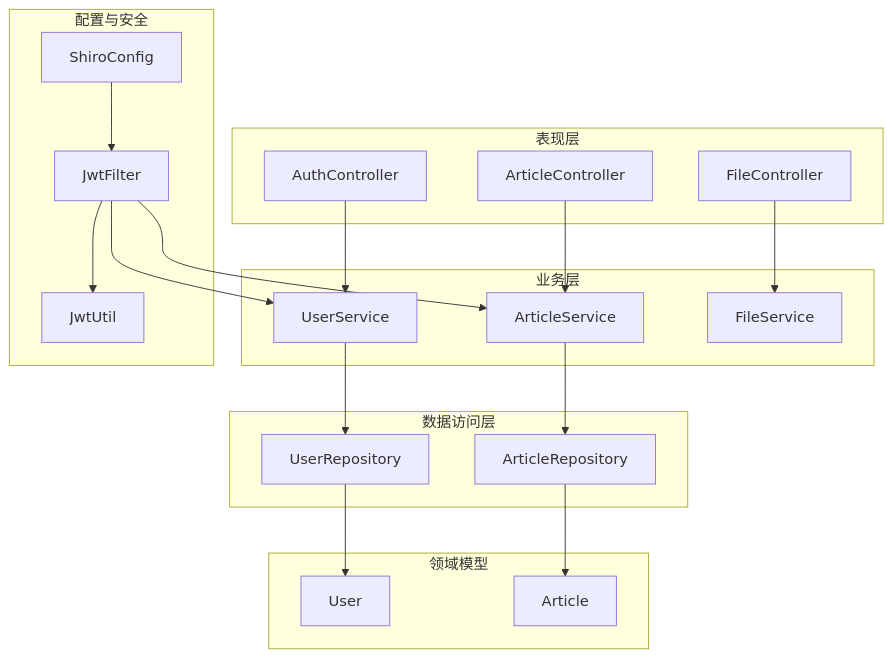
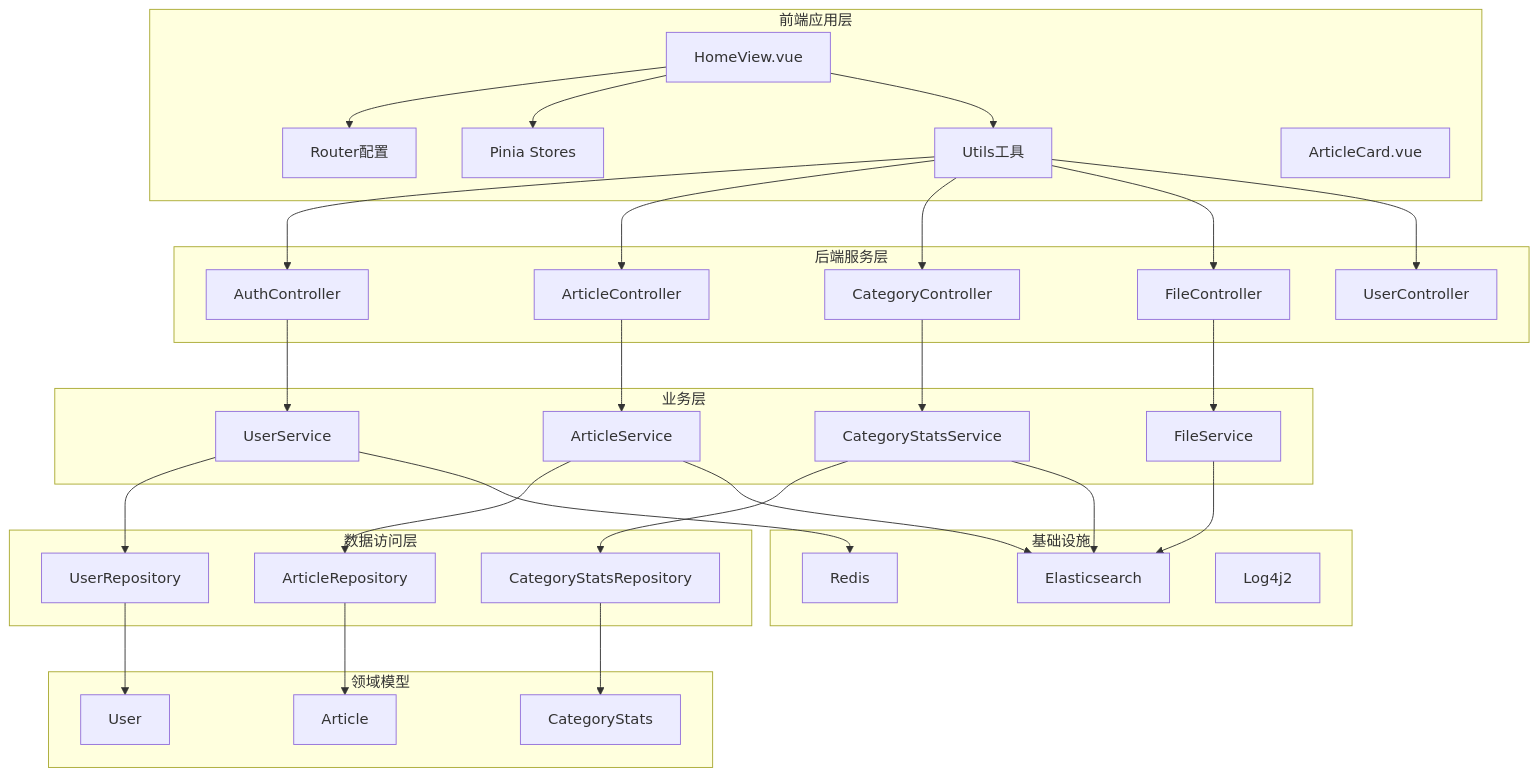
Before and after one commit to 20164206160/zhishilu: the first of 8 diagrams in .qoder/repowiki/zh/content/系统架构/整体架构设计.md, drawn with Mermaid. The commit also changed other lines of this file and 28 other files, not shown here.

````diff
--- a/.qoder/repowiki/zh/content/系统架构/整体架构设计.md
+++ b/.qoder/repowiki/zh/content/系统架构/整体架构设计.md
@@ -49,37 +78,60 @@
 ```mermaid
 graph TB
-subgraph "表现层"
+subgraph "前端应用层"
+FV["HomeView.vue"]
+FR["Router配置"]
+FS["Pinia Stores"]
+FU["Utils工具"]
+FCOMP["ArticleCard.vue"]
+end
+subgraph "后端服务层"
 AC["AuthController"]
 ARCT["ArticleController"]
+CC["CategoryController"]
 FC["FileController"]
+UC["UserController"]
 end
 subgraph "业务层"
 US["UserService"]
 AS["ArticleService"]
-FS["FileService"]
+CSS["CategoryStatsService"]
+FSVC["FileService"]
 end
 subgraph "数据访问层"
 UR["UserRepository"]
 ART["ArticleRepository"]
+CSR["CategoryStatsRepository"]
 end
 subgraph "领域模型"
 UE["User"]
 AE["Article"]
+CE["CategoryStats"]
 end
-subgraph "配置与安全"
-SC["ShiroConfig"]
-JF["JwtFilter"]
-JU["JwtUtil"]
+subgraph "基础设施"
+ES["Elasticsearch"]
+RD["Redis"]
+LOG["Log4j2"]
 end
+FV --> FR
+FV --> FS
+FV --> FU
+FU --> AC
+FU --> ARCT
+FU --> CC
+FU --> FC
+FU --> UC
 AC --> US
 ARCT --> AS
-FC --> FS
+CC --> CSS
+FC --> FSVC
 US --> UR
 AS --> ART
+CSS --> CSR
 UR --> UE
 ART --> AE
-SC --> JF
-JF --> JU
-JF --> US
-JF --> AS
+CSR --> CE
+US --> RD
+AS --> ES
+CSS --> ES
+FSVC --> ES
 ```
````
